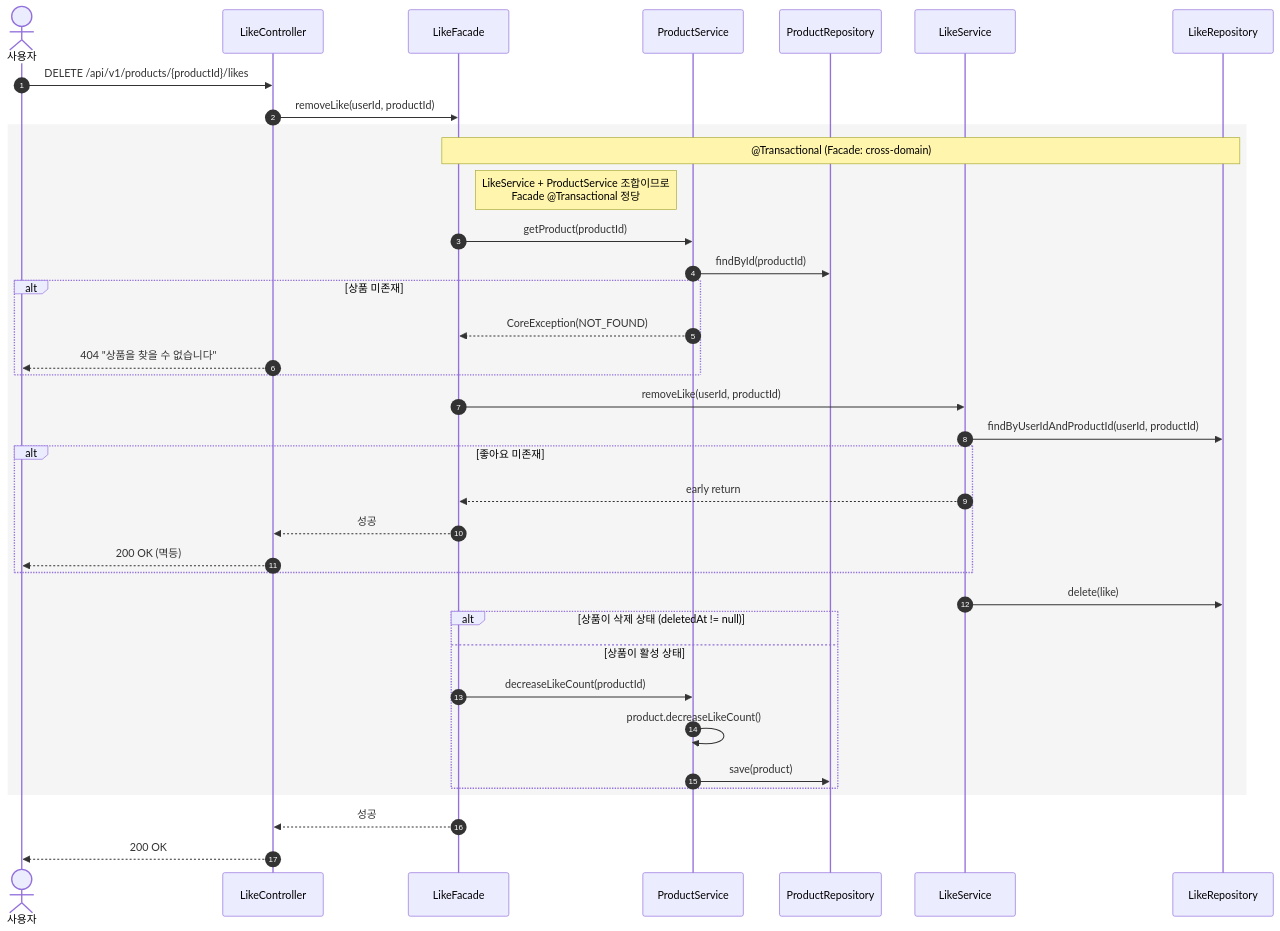
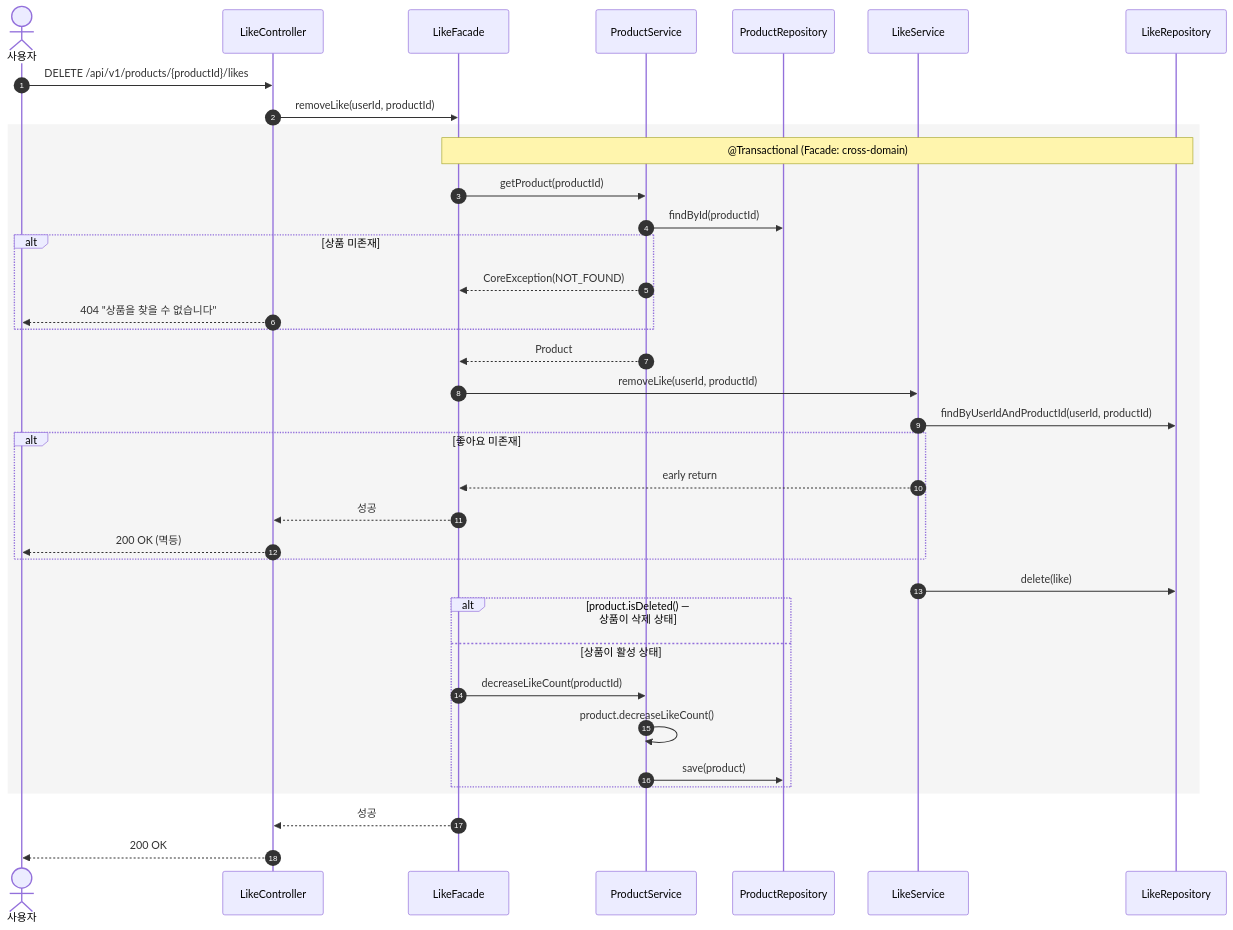
One commit to Loopers-dev-lab/loop-pack-be-l2-vol3-kotlin changed diagram 15 of 21 in docs/design/02-sequence-diagrams.md. Above: the diagram before and after it, drawn with Mermaid. The commit also changed other lines of this file and 4 other files, not shown here.

````diff
--- a/docs/design/02-sequence-diagrams.md
+++ b/docs/design/02-sequence-diagrams.md
@@ -536,46 +537,46 @@
 ```mermaid
 sequenceDiagram
     autonumber
     actor User as 사용자
     participant C as LikeController
     participant F as LikeFacade
     participant PS as ProductService
     participant PR as ProductRepository
     participant LS as LikeService
     participant LR as LikeRepository
     User ->> C: DELETE /api/v1/products/{productId}/likes
     C ->> F: removeLike(userId, productId)
 
     rect rgb(245, 245, 245)
         Note over F, LR: @Transactional (Facade: cross-domain)
-        Note right of F: LikeService + ProductService 조합이므로<br/>Facade @Transactional 정당
         F ->> PS: getProduct(productId)
         PS ->> PR: findById(productId)
 
         alt 상품 미존재
             PS -->> F: CoreException(NOT_FOUND)
             C -->> User: 404 "상품을 찾을 수 없습니다"
         end
 
+        PS -->> F: Product
         F ->> LS: removeLike(userId, productId)
         LS ->> LR: findByUserIdAndProductId(userId, productId)
 
         alt 좋아요 미존재
             LS -->> F: early return
             F -->> C: 성공
             C -->> User: 200 OK (멱등)
         end
 
         LS ->> LR: delete(like)
 
-        alt 상품이 삭제 상태 (deletedAt != null)
+        alt product.isDeleted() — 상품이 삭제 상태
         else 상품이 활성 상태
             F ->> PS: decreaseLikeCount(productId)
             PS ->> PS: product.decreaseLikeCount()
             PS ->> PR: save(product)
         end
     end
 
     F -->> C: 성공
     C -->> User: 200 OK
 ```
````
